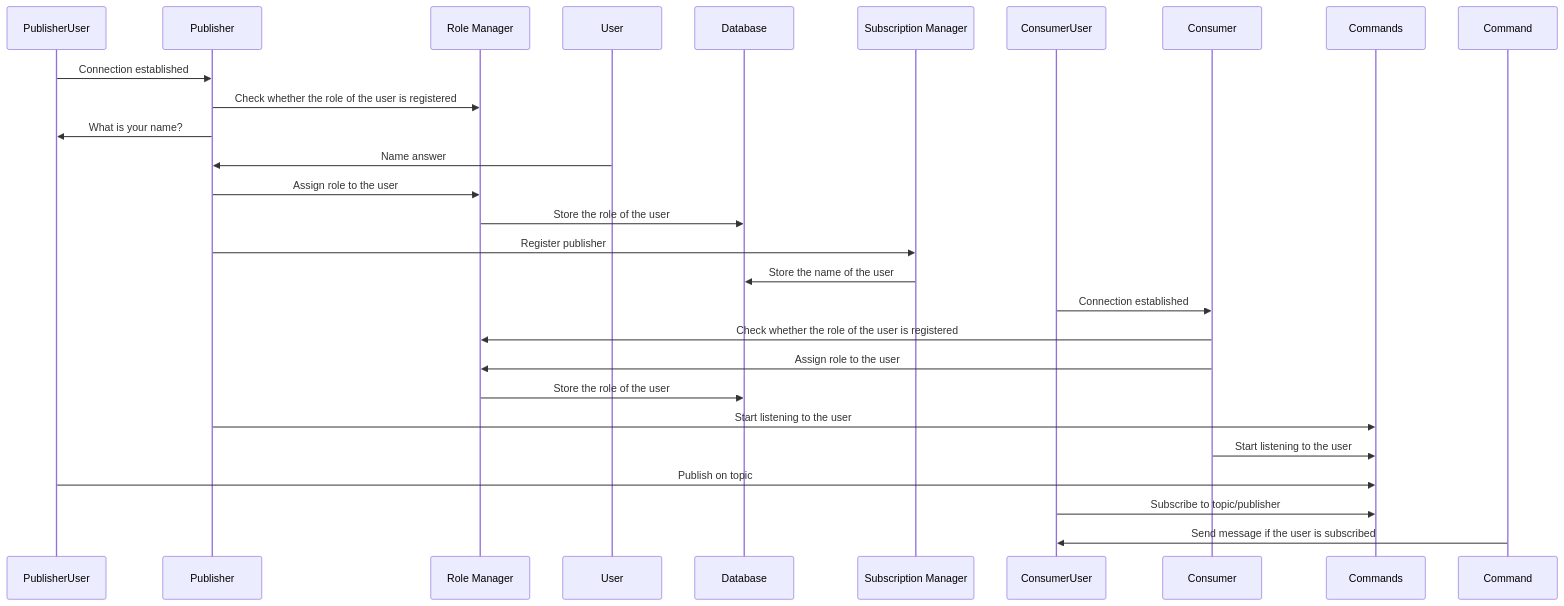
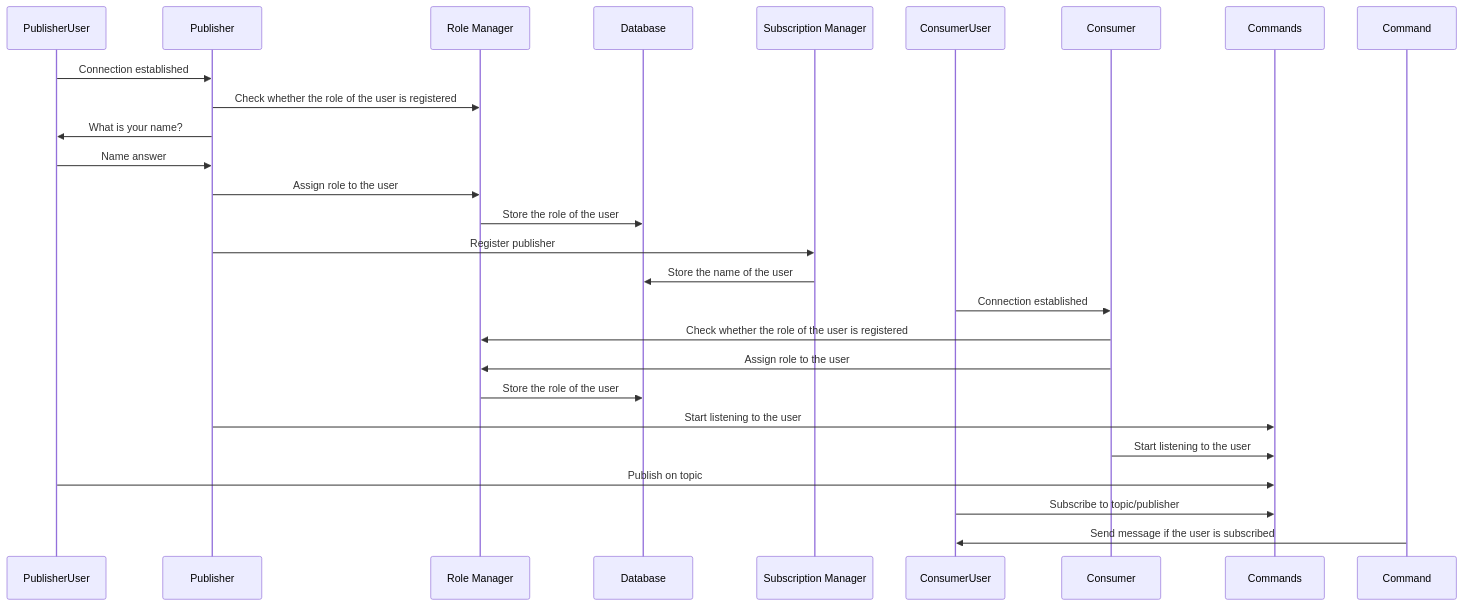
Before and after one commit to eugencic/real-time-programming: the diagram in lab2/diagrams/message_flow_diagram.md, drawn with Mermaid.

Commit message:
edit message flow diagram

````diff
--- a/lab2/diagrams/message_flow_diagram.md
+++ b/lab2/diagrams/message_flow_diagram.md
@@ -1,20 +1,20 @@
 ```mermaid
 sequenceDiagram
     PublisherUser->>Publisher: Connection established
     Publisher->>Role Manager: Check whether the role of the user is registered
     Publisher->>PublisherUser: What is your name?
-    User->>Publisher: Name answer
+    PublisherUser->>Publisher: Name answer
     Publisher->>Role Manager: Assign role to the user
     Role Manager->>Database: Store the role of the user
     Publisher->>Subscription Manager: Register publisher
     Subscription Manager->>Database: Store the name of the user
     ConsumerUser->>Consumer: Connection established
     Consumer->>Role Manager: Check whether the role of the user is registered
     Consumer->>Role Manager: Assign role to the user
     Role Manager->>Database: Store the role of the user
     Publisher->>Commands: Start listening to the user
     Consumer->>Commands: Start listening to the user
     PublisherUser->>Commands: Publish on topic
     ConsumerUser->>Commands: Subscribe to topic/publisher
     Command->> ConsumerUser: Send message if the user is subscribed
 ```
````
